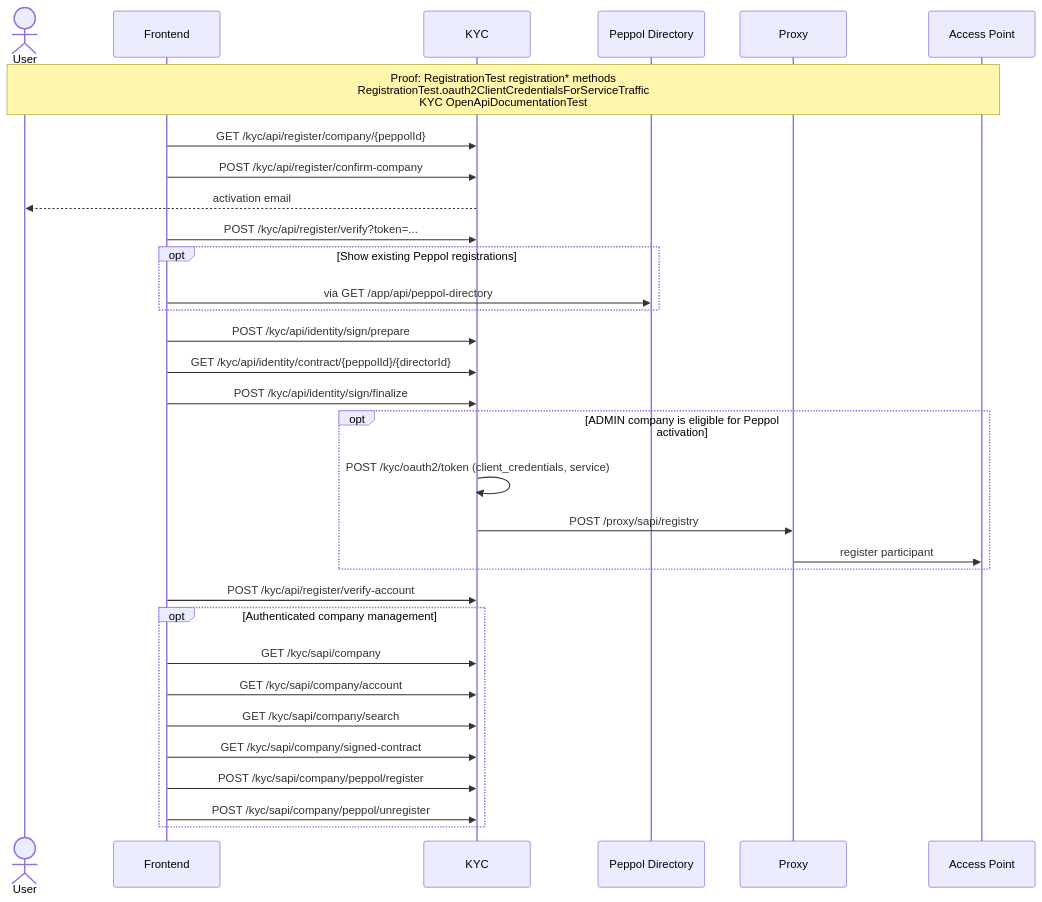
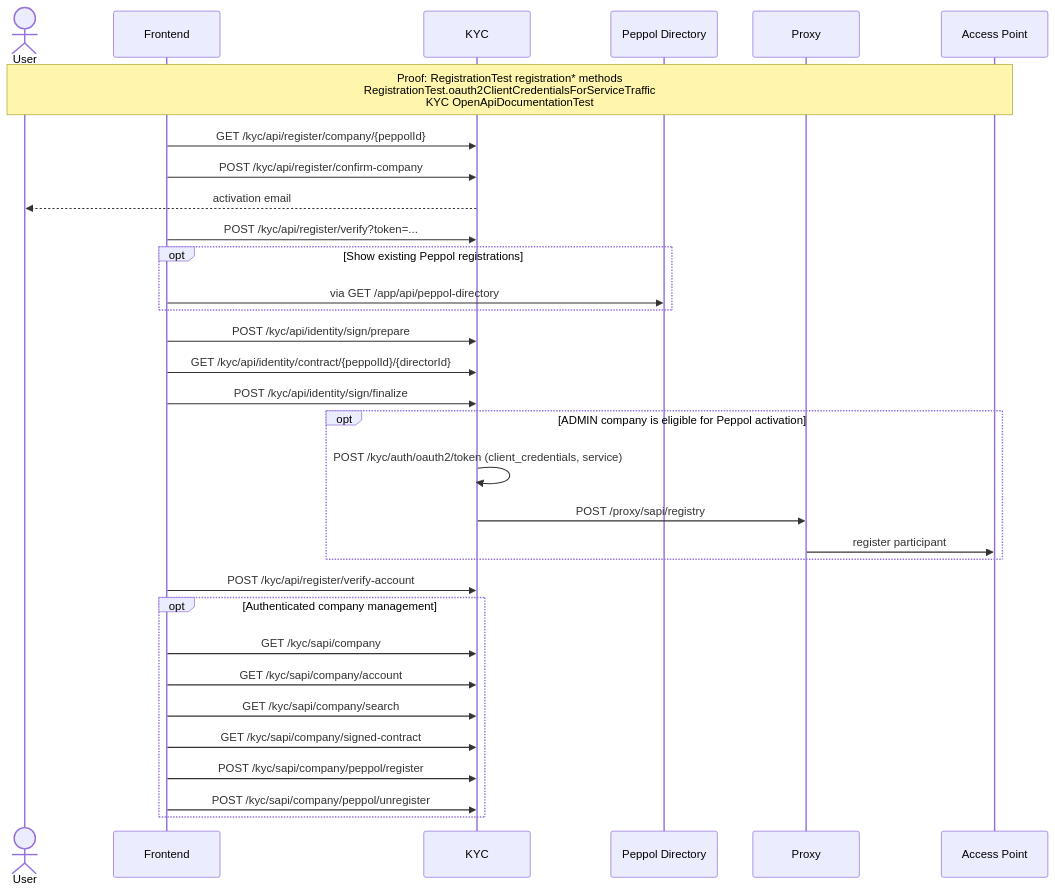
One commit to letspeppol/letspeppol changed the diagram in readme/api-registration-and-company-activation.md. Above: the diagram before and after it, drawn with Mermaid. The commit also changed 32 other files, not shown here.

````diff
--- a/readme/api-registration-and-company-activation.md
+++ b/readme/api-registration-and-company-activation.md
@@ -9,35 +9,35 @@
 ```mermaid
 sequenceDiagram
     actor User
     participant UI as Frontend
     participant KYC
     participant Directory as Peppol Directory
     participant Proxy
     participant AP as Access Point
 
     Note over User,AP: Proof: RegistrationTest registration* methods<br/>RegistrationTest.oauth2ClientCredentialsForServiceTraffic<br/>KYC OpenApiDocumentationTest
     UI->>KYC: GET /kyc/api/register/company/{peppolId}
     UI->>KYC: POST /kyc/api/register/confirm-company
     KYC-->>User: activation email
     UI->>KYC: POST /kyc/api/register/verify?token=...
     opt Show existing Peppol registrations
         UI->>Directory: via GET /app/api/peppol-directory
     end
     UI->>KYC: POST /kyc/api/identity/sign/prepare
     UI->>KYC: GET /kyc/api/identity/contract/{peppolId}/{directorId}
     UI->>KYC: POST /kyc/api/identity/sign/finalize
     opt ADMIN company is eligible for Peppol activation
-        KYC->>KYC: POST /kyc/oauth2/token (client_credentials, service)
+        KYC->>KYC: POST /kyc/auth/oauth2/token (client_credentials, service)
         KYC->>Proxy: POST /proxy/sapi/registry
         Proxy->>AP: register participant
     end
     UI->>KYC: POST /kyc/api/register/verify-account
     opt Authenticated company management
         UI->>KYC: GET /kyc/sapi/company
         UI->>KYC: GET /kyc/sapi/company/account
         UI->>KYC: GET /kyc/sapi/company/search
         UI->>KYC: GET /kyc/sapi/company/signed-contract
         UI->>KYC: POST /kyc/sapi/company/peppol/register
         UI->>KYC: POST /kyc/sapi/company/peppol/unregister
     end
 ```
````
